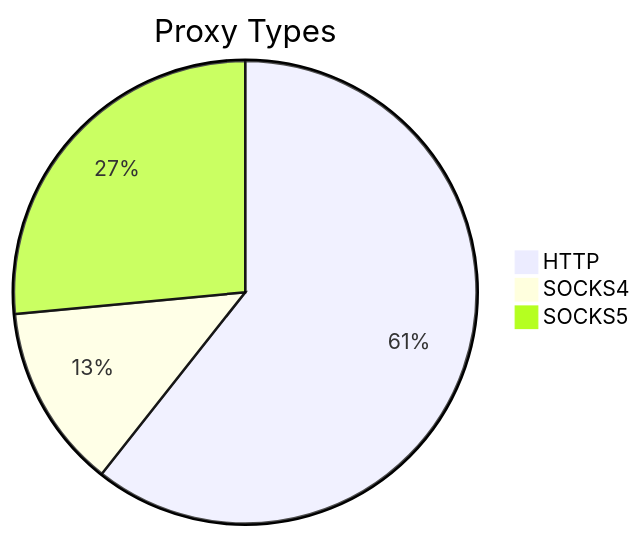
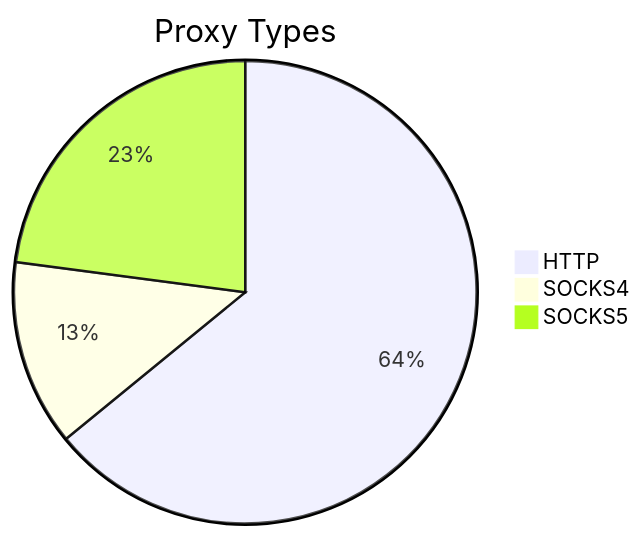
The first of 2 diagrams in README.md (stormsia/proxy-list), drawn with Mermaid before and after one commit. The commit also changed other lines of this file, not shown here.

````diff
--- a/README.md
+++ b/README.md
@@ -21,6 +21,6 @@
 ```mermaid
 pie title Proxy Types
-    "HTTP" : 302
-    "SOCKS4" : 64
-    "SOCKS5" : 132
+    "HTTP" : 439
+    "SOCKS4" : 89
+    "SOCKS5" : 157
 ```
````
